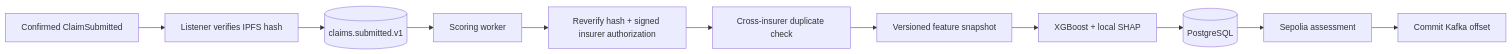
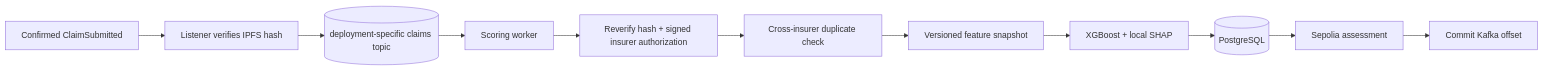
The first of 2 diagrams in packages/integrations/kafka/README.md (ganesh1997oli/Decentralized-Claims-Registry), drawn with Mermaid before and after one commit. The commit also changed other lines of this file and 67 other files, not shown here.

````diff
--- a/packages/integrations/kafka/README.md
+++ b/packages/integrations/kafka/README.md
@@ -8,13 +8,13 @@
 ```mermaid
 flowchart LR
     Chain["Confirmed ClaimSubmitted"] --> Listener["Listener verifies IPFS hash"]
-    Listener --> Topic[("claims.submitted.v1")]
+    Listener --> Topic[("deployment-specific claims topic")]
     Topic --> Worker["Scoring worker"]
     Worker --> Verify["Reverify hash + signed insurer authorization"]
     Verify --> Duplicate["Cross-insurer duplicate check"]
     Duplicate --> Features["Versioned feature snapshot"]
     Features --> Model["XGBoost + local SHAP"]
     Model --> DB[("PostgreSQL")]
     DB --> Write["Sepolia assessment"]
     Write --> Commit["Commit Kafka offset"]
 ```
````
